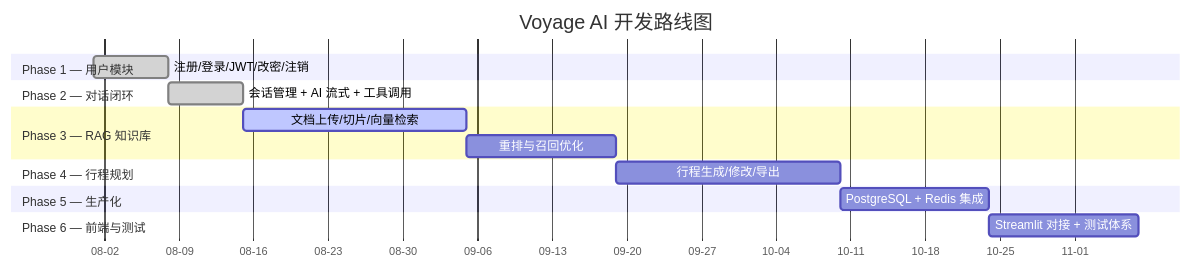
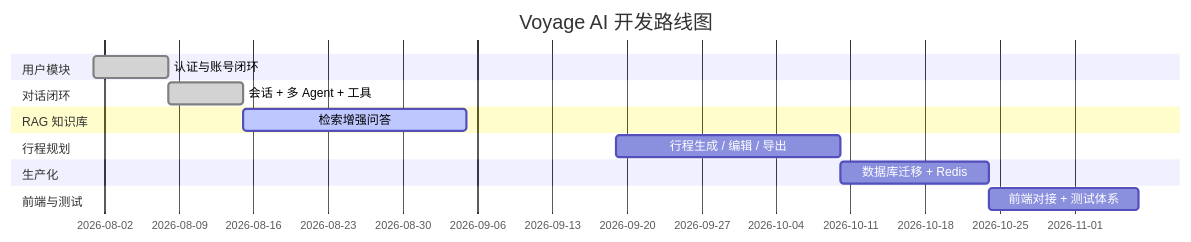
Before and after one commit to Luoqiaocong/voyage: the fifth of 5 diagrams in README.md, drawn with Mermaid. The commit also changed other lines of this file, not shown here.

````diff
--- a/README.md
+++ b/README.md
@@ -235,25 +201,23 @@
 ```mermaid
 gantt
     title Voyage AI 开发路线图
     dateFormat  YYYY-MM-DD
-    axisFormat  %m-%d
 
-    section Phase 1 — 用户模块
-    注册/登录/JWT/改密/注销      :done, p1, 2026-08-01, 7d
+    section 用户模块
+    认证与账号闭环        :done, p1, 2026-08-01, 7d
 
-    section Phase 2 — 对话闭环
-    会话管理 + AI 流式 + 工具调用  :done, p2, 2026-08-08, 7d
+    section 对话闭环
+    会话 + 多 Agent + 工具  :done, p2, 2026-08-08, 7d
 
-    section Phase 3 — RAG 知识库
-    文档上传/切片/向量检索         :active, p3, 2026-08-15, 21d
-    重排与召回优化                :p3b, 2026-09-05, 14d
+    section RAG 知识库
+    检索增强问答          :active, p3, 2026-08-15, 21d
 
-    section Phase 4 — 行程规划
-    行程生成/修改/导出            :p4, 2026-09-19, 21d
+    section 行程规划
+    行程生成 / 编辑 / 导出  :p4, 2026-09-19, 21d
 
-    section Phase 5 — 生产化
-    PostgreSQL + Redis 集成       :p5, 2026-10-10, 14d
+    section 生产化
+    数据库迁移 + Redis     :p5, 2026-10-10, 14d
 
-    section Phase 6 — 前端与测试
-    Streamlit 对接 + 测试体系      :p6, 2026-10-24, 14d
+    section 前端与测试
+    前端对接 + 测试体系     :p6, 2026-10-24, 14d
 ```
````
